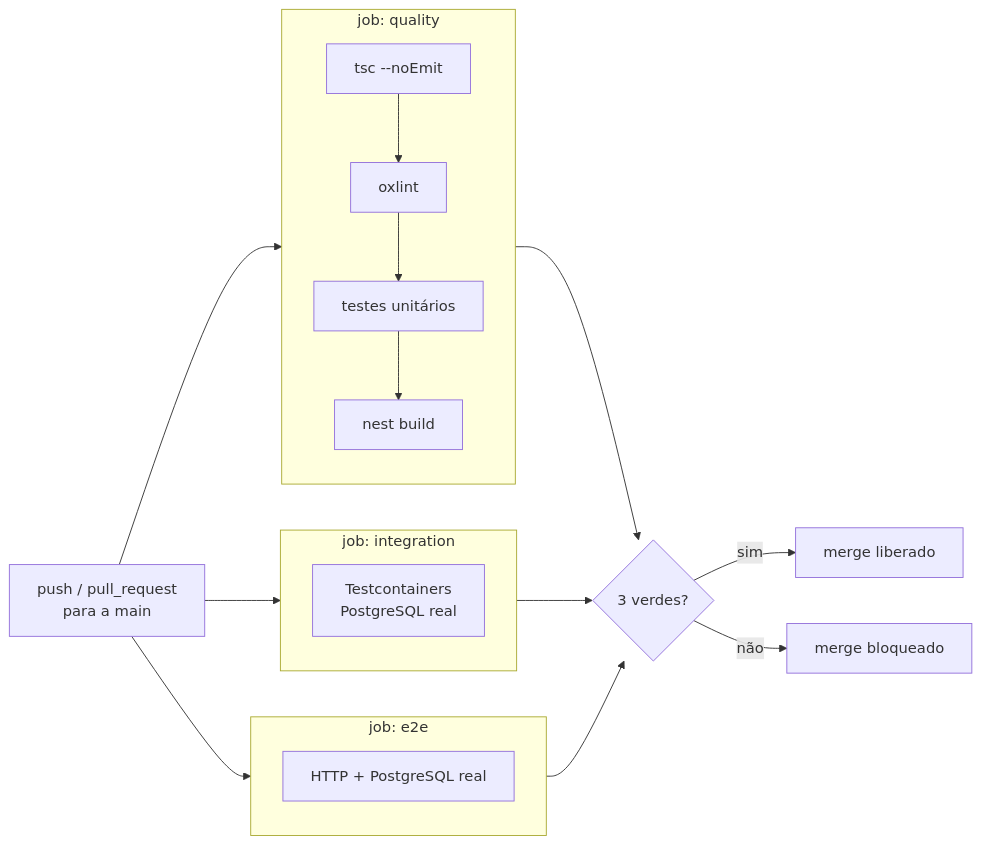
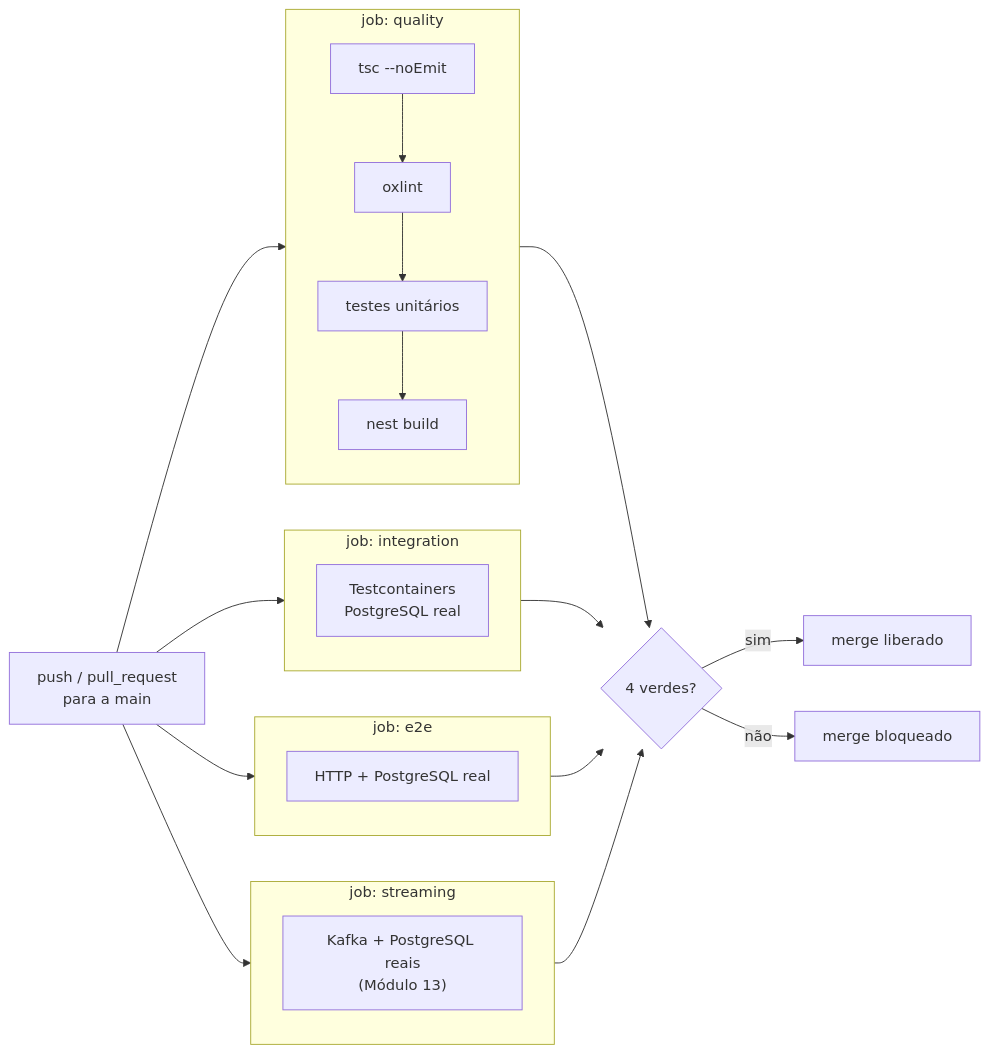
One commit to cassiocidrini/TaskFlow changed the diagram in docs/modules/03-ci-cd-github-actions.md. Above: the diagram before and after it, drawn with Mermaid. The commit also changed other lines of this file and 31 other files, not shown here.

First line of the commit message:
feat(kafka): relay da outbox em processo separado, com lock, failover e suíte de streaming (#21)

````diff
--- a/docs/modules/03-ci-cd-github-actions.md
+++ b/docs/modules/03-ci-cd-github-actions.md
@@ -55,21 +55,26 @@
 ```mermaid
 flowchart LR
     E["push / pull_request<br/>para a main"] --> Q
     E --> I
     E --> X
+    E --> S
     subgraph Q [job: quality]
         direction TB
         q1[tsc --noEmit] --> q2[oxlint] --> q3[testes unitários] --> q4[nest build]
     end
     subgraph I [job: integration]
         i1["Testcontainers<br/>PostgreSQL real"]
     end
     subgraph X [job: e2e]
         x1["HTTP + PostgreSQL real"]
     end
-    Q --> M{3 verdes?}
+    subgraph S [job: streaming]
+        s1["Kafka + PostgreSQL reais<br/>(Módulo 13)"]
+    end
+    Q --> M{4 verdes?}
     I --> M
     X --> M
+    S --> M
     M -->|sim| OK[merge liberado]
     M -->|não| NO[merge bloqueado]
 ```
````
